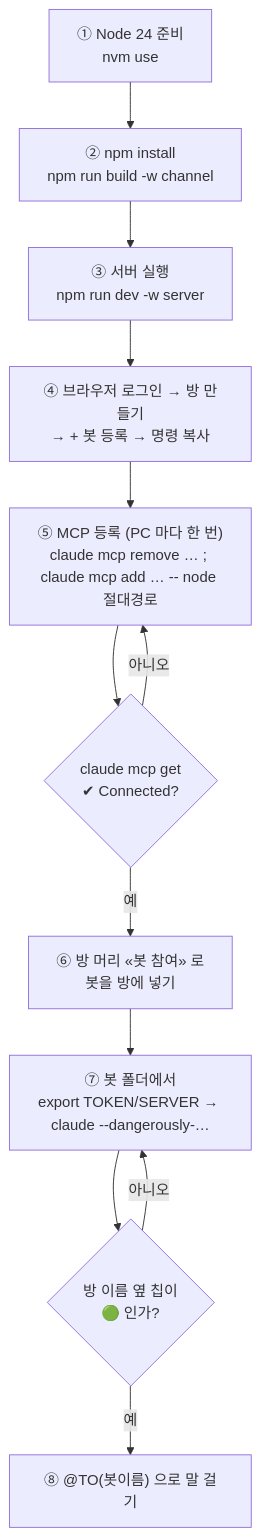
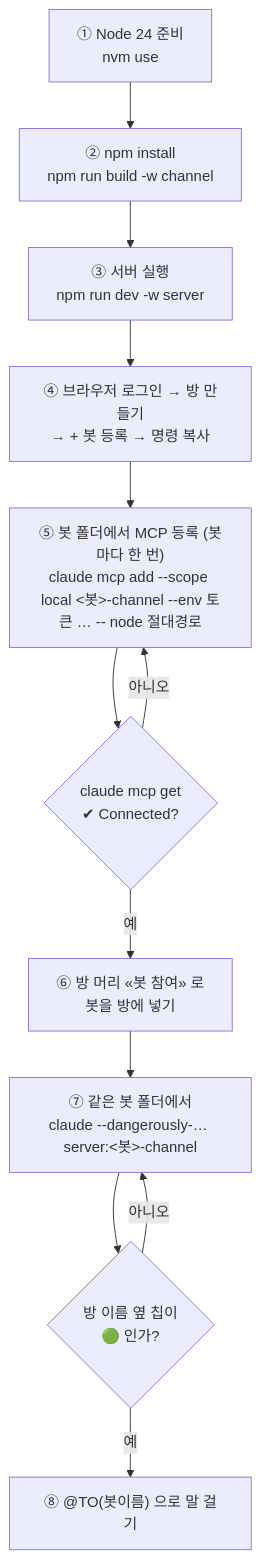
Before and after one commit to bjw202/minidiscord: diagram 13 of 13 in README.md, drawn with Mermaid. The commit also changed other lines of this file and 4 other files, not shown here.

First line of the commit message:
feat(bots): 등록 안내문을 권장 방법 하나로 — 페르소나 폴더에서 <봇이름>-channel 을 --scope local + --env 토큰으로 등록, 이후 실행 한 줄 + README 짝짓기·다시 띄우기 절

````diff
--- a/README.md
+++ b/README.md
@@ -370,14 +370,14 @@
 ```mermaid
 flowchart TD
     A["① Node 24 준비<br/>nvm use"] --> B["② npm install<br/>npm run build -w channel"]
     B --> C["③ 서버 실행<br/>npm run dev -w server"]
     C --> D["④ 브라우저 로그인 → 방 만들기<br/>→ + 봇 등록 → 명령 복사"]
-    D --> E["⑤ MCP 등록 (PC 마다 한 번)<br/>claude mcp remove … ; claude mcp add … -- node 절대경로"]
+    D --> E["⑤ 봇 폴더에서 MCP 등록 (봇마다 한 번)<br/>claude mcp add --scope local <봇>-channel --env 토큰 … -- node 절대경로"]
     E --> F{"claude mcp get<br/>✔ Connected?"}
     F -->|"아니오"| E
     F -->|"예"| G["⑥ 방 머리 «봇 참여» 로<br/>봇을 방에 넣기"]
-    G --> H["⑦ 봇 폴더에서<br/>export TOKEN/SERVER → claude --dangerously-…"]
+    G --> H["⑦ 같은 봇 폴더에서<br/>claude --dangerously-… server:<봇>-channel"]
     H --> I{"방 이름 옆 칩이<br/>🟢 인가?"}
     I -->|"아니오"| H
     I -->|"예"| J["⑧ @TO(봇이름) 으로 말 걸기"]
 ```
````
